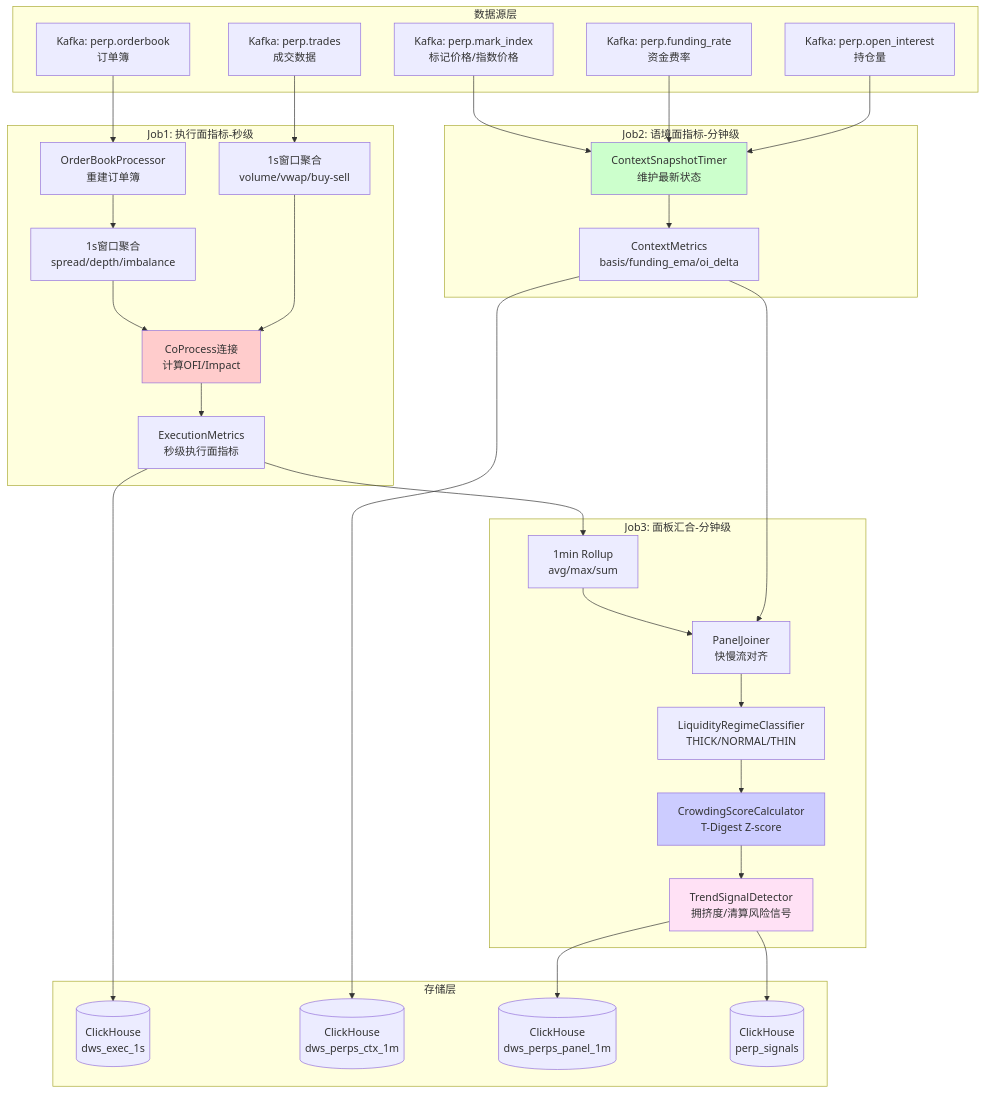
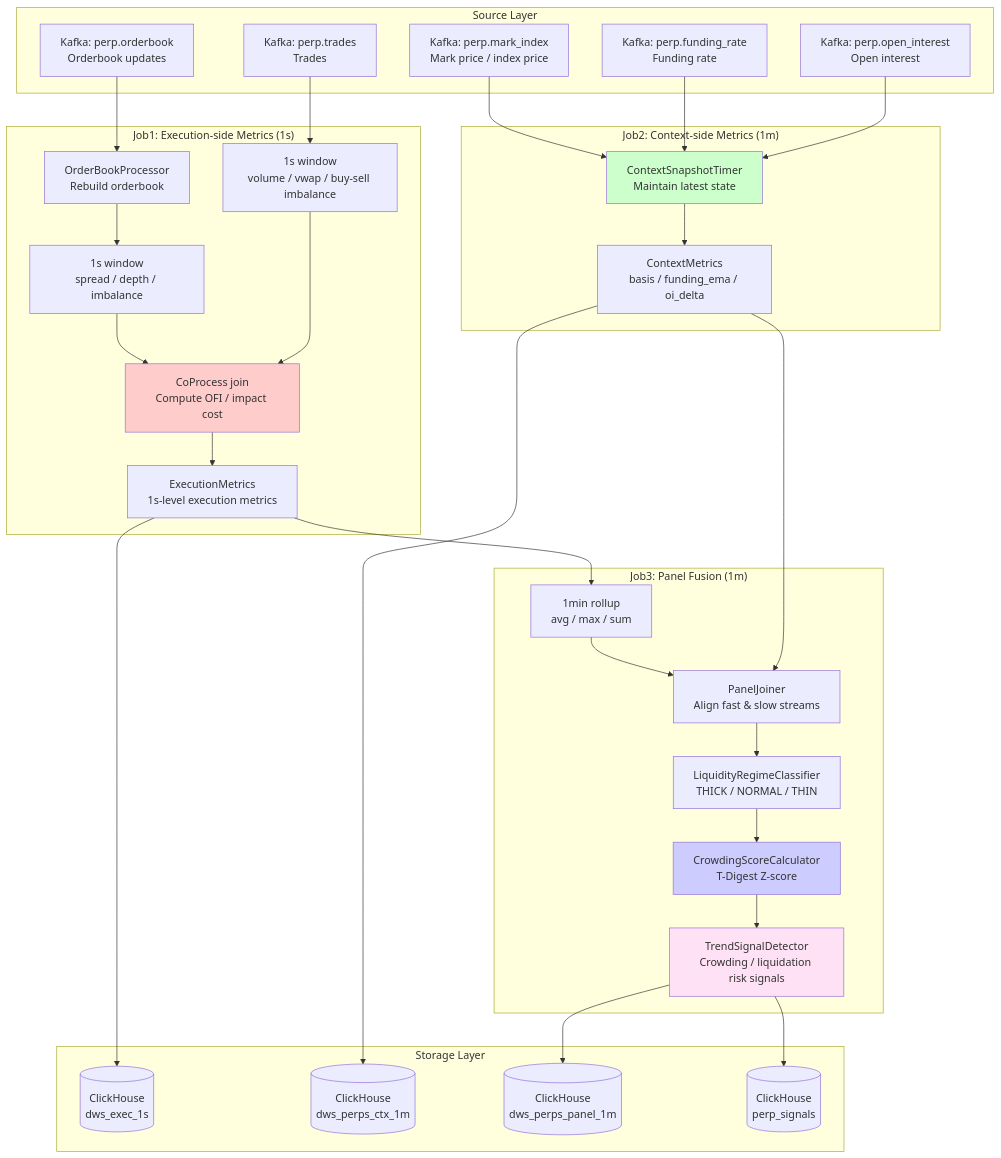
One commit to sjtutwilight/CryptoAgent changed diagram 12 of 12 in README.md. Above: the diagram before and after it, drawn with Mermaid. The commit also changed other lines of this file, not shown here.

````diff
--- a/README.md
+++ b/README.md
@@ -791,48 +977,48 @@
 ```mermaid
 graph TB
-    subgraph "数据源层"
-        OB[Kafka: perp.orderbook<br/>订单簿]
-        TR[Kafka: perp.trades<br/>成交数据]
-        MI[Kafka: perp.mark_index<br/>标记价格/指数价格]
-        FR[Kafka: perp.funding_rate<br/>资金费率]
-        OI[Kafka: perp.open_interest<br/>持仓量]
+    subgraph "Source Layer"
+        OB[Kafka: perp.orderbook<br/>Orderbook updates]
+        TR[Kafka: perp.trades<br/>Trades]
+        MI[Kafka: perp.mark_index<br/>Mark price / index price]
+        FR[Kafka: perp.funding_rate<br/>Funding rate]
+        OI[Kafka: perp.open_interest<br/>Open interest]
     end
 
-    subgraph "Job1: 执行面指标-秒级"
-        OB --> OBP[OrderBookProcessor<br/>重建订单簿]
-        OBP --> OBS[1s窗口聚合<br/>spread/depth/imbalance]
-        TR --> TRA[1s窗口聚合<br/>volume/vwap/buy-sell]
-        OBS --> J1[CoProcess连接<br/>计算OFI/Impact]
+    subgraph "Job1: Execution-side Metrics (1s)"
+        OB --> OBP[OrderBookProcessor<br/>Rebuild orderbook]
+        OBP --> OBS[1s window<br/>spread / depth / imbalance]
+        TR --> TRA[1s window<br/>volume / vwap / buy-sell imbalance]
+        OBS --> J1[CoProcess join<br/>Compute OFI / impact cost]
         TRA --> J1
-        J1 --> E1[ExecutionMetrics<br/>秒级执行面指标]
+        J1 --> E1[ExecutionMetrics<br/>1s-level execution metrics]
     end
 
-    subgraph "Job2: 语境面指标-分钟级"
-        MI --> CST[ContextSnapshotTimer<br/>维护最新状态]
+    subgraph "Job2: Context-side Metrics (1m)"
+        MI --> CST[ContextSnapshotTimer<br/>Maintain latest state]
         FR --> CST
         OI --> CST
-        CST --> C1[ContextMetrics<br/>basis/funding_ema/oi_delta]
+        CST --> C1[ContextMetrics<br/>basis / funding_ema / oi_delta]
     end
 
-    subgraph "Job3: 面板汇合-分钟级"
-        E1 --> R1[1min Rollup<br/>avg/max/sum]
-        R1 --> PJ[PanelJoiner<br/>快慢流对齐]
+    subgraph "Job3: Panel Fusion (1m)"
+        E1 --> R1[1min rollup<br/>avg / max / sum]
+        R1 --> PJ[PanelJoiner<br/>Align fast & slow streams]
         C1 --> PJ
-        PJ --> LC[LiquidityRegimeClassifier<br/>THICK/NORMAL/THIN]
+        PJ --> LC[LiquidityRegimeClassifier<br/>THICK / NORMAL / THIN]
         LC --> CS[CrowdingScoreCalculator<br/>T-Digest Z-score]
-        CS --> SD[TrendSignalDetector<br/>拥挤度/清算风险信号]
+        CS --> SD[TrendSignalDetector<br/>Crowding / liquidation risk signals]
     end
 
-    subgraph "存储层"
+    subgraph "Storage Layer"
         E1 --> CH1[(ClickHouse<br/>dws_exec_1s)]
         C1 --> CH2[(ClickHouse<br/>dws_perps_ctx_1m)]
         SD --> CH3[(ClickHouse<br/>dws_perps_panel_1m)]
         SD --> CH4[(ClickHouse<br/>perp_signals)]
     end
 
     style J1 fill:#ffcccc
     style CST fill:#ccffcc
     style CS fill:#ccccff
     style SD fill:#ffe1f5
 
 ```
````
